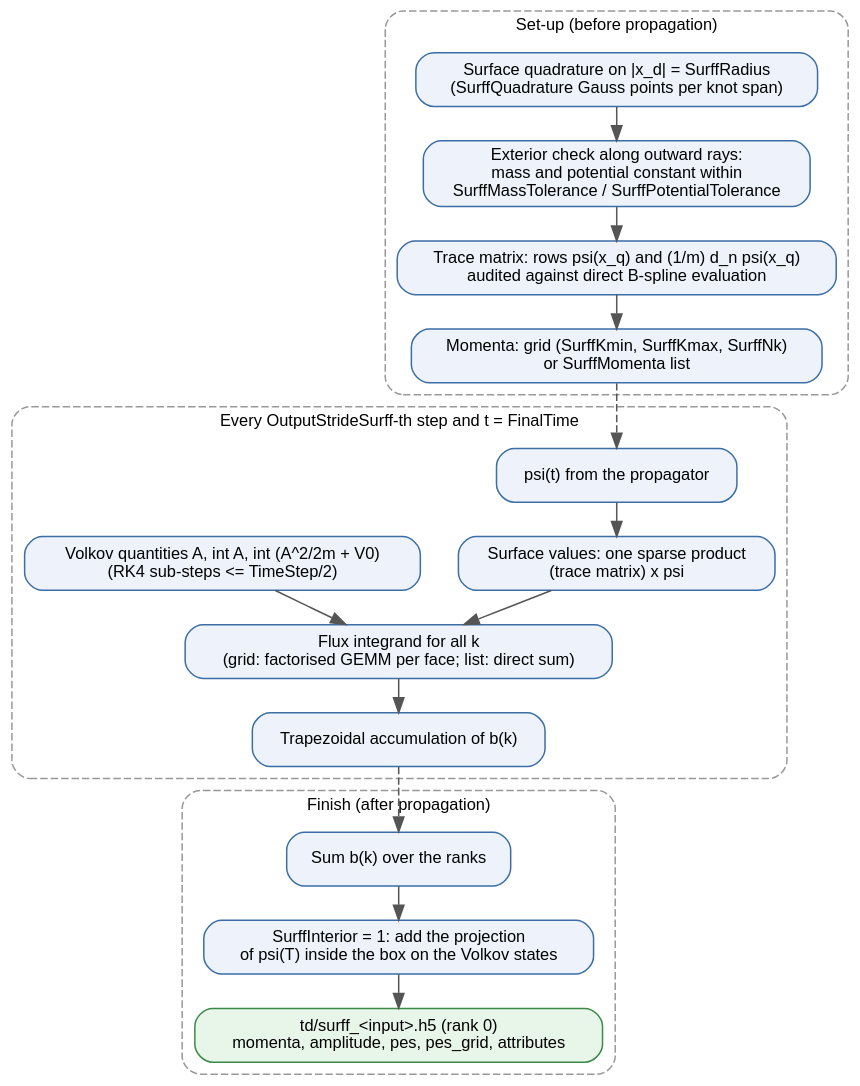
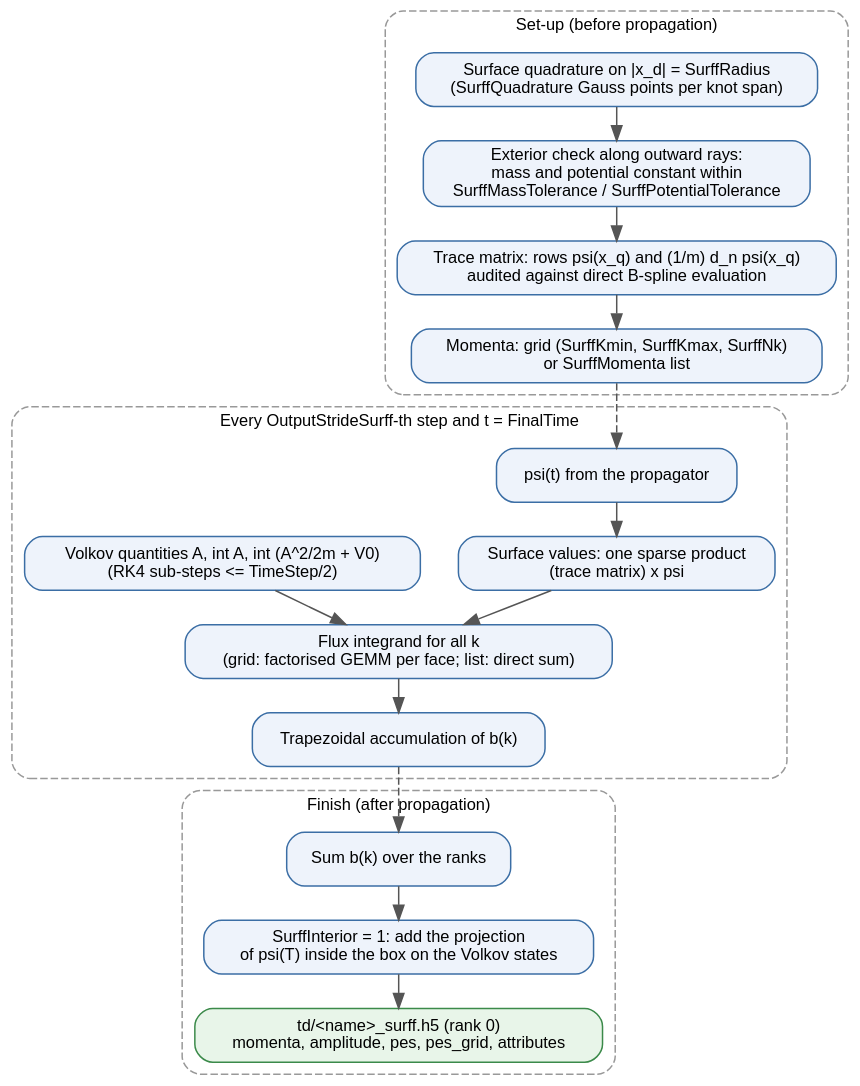
Before and after one commit to dahbiz/tdsez: the diagram in docs/docs_sphinx/figures/tsurff_flow.dot, drawn with Graphviz. The commit also changed 46 other files, not shown here.

```diff
--- a/docs/docs_sphinx/figures/tsurff_flow.dot
+++ b/docs/docs_sphinx/figures/tsurff_flow.dot
@@ -1,39 +1,39 @@
 // t-SURFF data flow: TDSEZTSurff::Setup / Sample / AddFlux / Finish (src/tsurff.cpp),
 // driven from src/tdsez.cpp (Setup before Evolve, Finish after) and src/monitor.cpp (Sample).
 digraph TSurffFlow {
   graph [fontname="Helvetica", rankdir=TB, nodesep=0.35, ranksep=0.32, bgcolor="transparent"];
   node  [fontname="Helvetica", fontsize=11, shape=box, style="rounded,filled", fillcolor="#eef3fb", color="#3b6ea5"];
   edge  [fontname="Helvetica", fontsize=10, color="#555555", fontcolor="#333333"];
 
   subgraph cluster_setup {
     label="Set-up (before propagation)"; fontname="Helvetica"; fontsize=11; color="#999999"; style="rounded,dashed";
     quad   [label="Surface quadrature on |x_d| = SurffRadius\n(SurffQuadrature Gauss points per knot span)"];
     ext    [label="Exterior check along outward rays:\nmass and potential constant within\nSurffMassTolerance / SurffPotentialTolerance"];
     trace  [label="Trace matrix: rows psi(x_q) and (1/m) d_n psi(x_q)\naudited against direct B-spline evaluation"];
     mom    [label="Momenta: grid (SurffKmin, SurffKmax, SurffNk)\nor SurffMomenta list"];
     quad -> ext -> trace -> mom;
   }
 
   subgraph cluster_sample {
     label="Every OutputStrideSurff-th step and t = FinalTime"; fontname="Helvetica"; fontsize=11; color="#999999"; style="rounded,dashed";
     psi    [label="psi(t) from the propagator"];
     mult   [label="Surface values: one sparse product\n(trace matrix) x psi"];
     volkov [label="Volkov quantities A, int A, int (A^2/2m + V0)\n(RK4 sub-steps <= TimeStep/2)"];
     flux   [label="Flux integrand for all k\n(grid: factorised GEMM per face; list: direct sum)"];
     trap   [label="Trapezoidal accumulation of b(k)"];
     psi -> mult -> flux;
     volkov -> flux;
     flux -> trap;
   }
 
   subgraph cluster_finish {
     label="Finish (after propagation)"; fontname="Helvetica"; fontsize=11; color="#999999"; style="rounded,dashed";
     reduce [label="Sum b(k) over the ranks"];
     inter  [label="SurffInterior = 1: add the projection\nof psi(T) inside the box on the Volkov states"];
-    write  [label="td/surff_<input>.h5 (rank 0)\nmomenta, amplitude, pes, pes_grid, attributes", fillcolor="#e8f5e9", color="#3b8a4a"];
+    write  [label="td/<name>_surff.h5 (rank 0)\nmomenta, amplitude, pes, pes_grid, attributes", fillcolor="#e8f5e9", color="#3b8a4a"];
     reduce -> inter -> write;
   }
 
   mom -> psi [style=dashed];
   trap -> reduce [style=dashed];
 }
```
